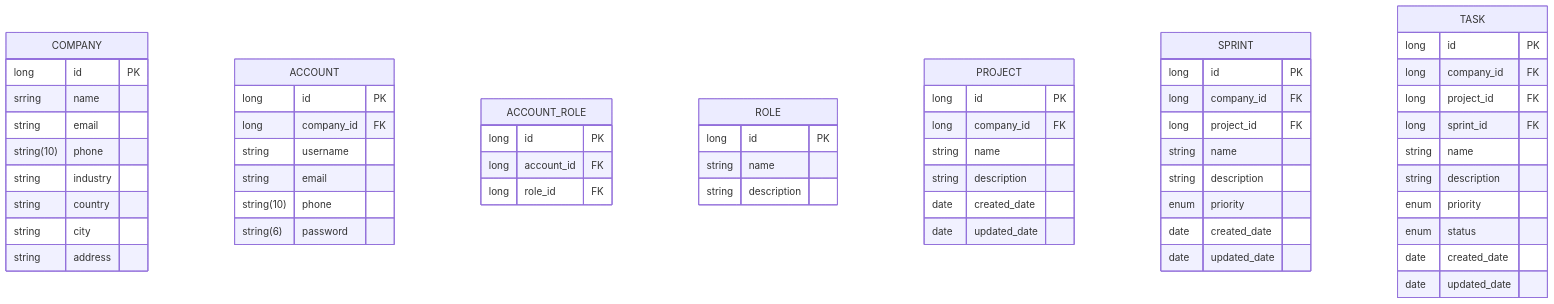
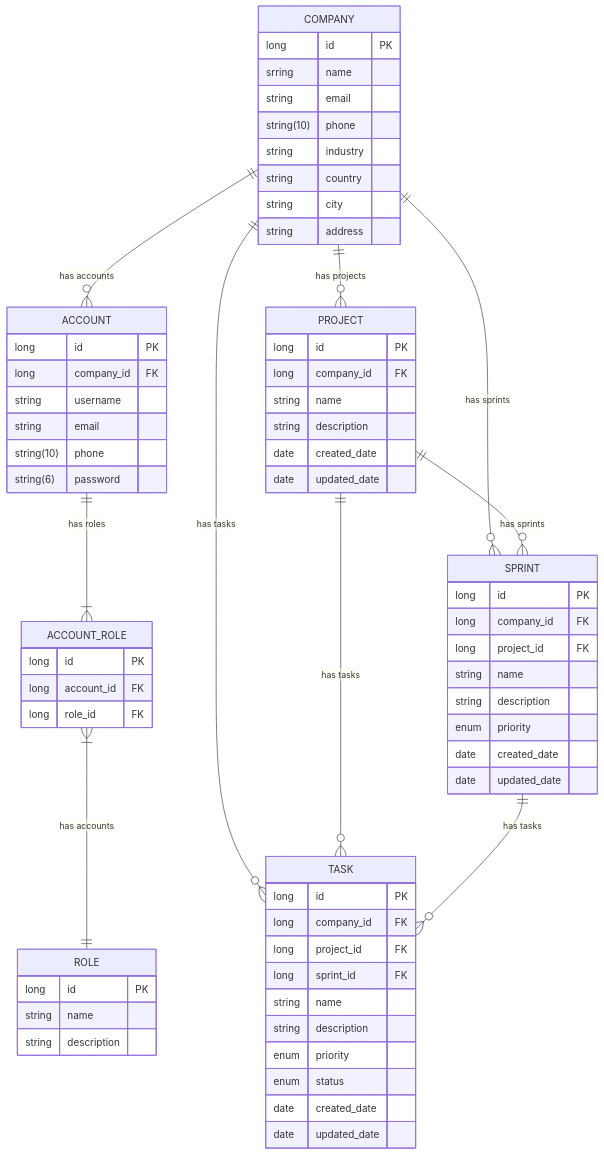
The first of 2 diagrams in README.md (EddyEduard/ProMan-API), drawn with Mermaid before and after one commit. The commit also changed other lines of this file, not shown here.

````diff
--- a/README.md
+++ b/README.md
@@ -312,61 +312,71 @@
 ```mermaid
 erDiagram
     COMPANY {
         long id PK
         srring name
         string email
         string(10) phone
         string industry
 	string country
 	string city
 	string address
     }
     ACCOUNT {
         long id PK
         long company_id FK
         string username
         string email
         string(10) phone
         string(6) password
     }
     ACCOUNT_ROLE {
         long id PK
         long account_id FK
 	long role_id FK
     }
     ROLE {
         long id PK
         string name
 	string description
     }
     PROJECT {
         long id PK
         long company_id FK
         string name
 	string description
 	date created_date
 	date updated_date
     }
     SPRINT {
         long id PK
         long company_id FK
         long project_id FK
         string name
 	string description
 	enum priority
 	date created_date
 	date updated_date
     }
     TASK {
         long id PK
         long company_id FK
         long project_id FK
         long sprint_id FK
         string name
 	string description
 	enum priority
 	enum status
 	date created_date
 	date updated_date
     }
+
+    COMPANY ||--o{ ACCOUNT : "has accounts"
+    ACCOUNT ||--|{ ACCOUNT_ROLE : "has roles"
+    ACCOUNT_ROLE }|--|| ROLE : "has accounts"
+    COMPANY ||--o{ PROJECT : "has projects"
+    COMPANY ||--o{ SPRINT : "has sprints"
+    COMPANY ||--o{ TASK : "has tasks"
+    PROJECT ||--o{ SPRINT : "has sprints"
+    PROJECT ||--o{ TASK : "has tasks"
+    SPRINT ||--o{ TASK : "has tasks"
 ```
````
